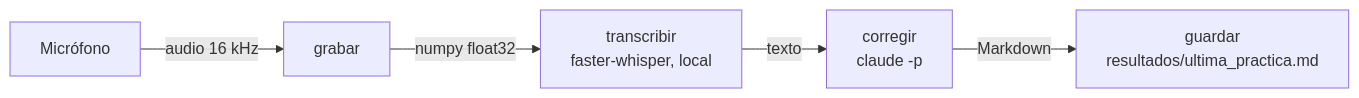
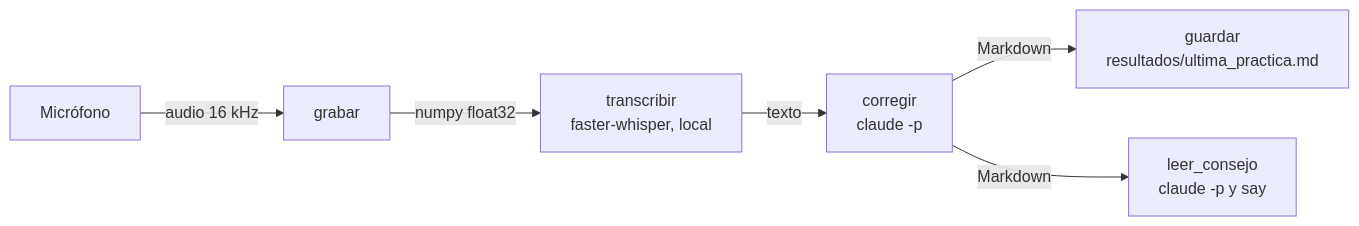
The diagram in docs/arquitectura.md (luis1415/practicar_ingles), drawn with Mermaid before and after one commit. The commit also changed other lines of this file and 2 other files, not shown here.

Commit message:
Se agrega el consejo con voz

````diff
--- a/docs/arquitectura.md
+++ b/docs/arquitectura.md
@@ -5,7 +5,8 @@
 ```mermaid
 flowchart LR
     A[Micrófono] -->|audio 16 kHz| B[grabar]
     B -->|numpy float32| C[transcribir<br/>faster-whisper, local]
     C -->|texto| D[corregir<br/>claude -p]
     D -->|Markdown| E[guardar<br/>resultados/ultima_practica.md]
+    D -->|Markdown| F[leer_consejo<br/>claude -p y say]
 ```
````
